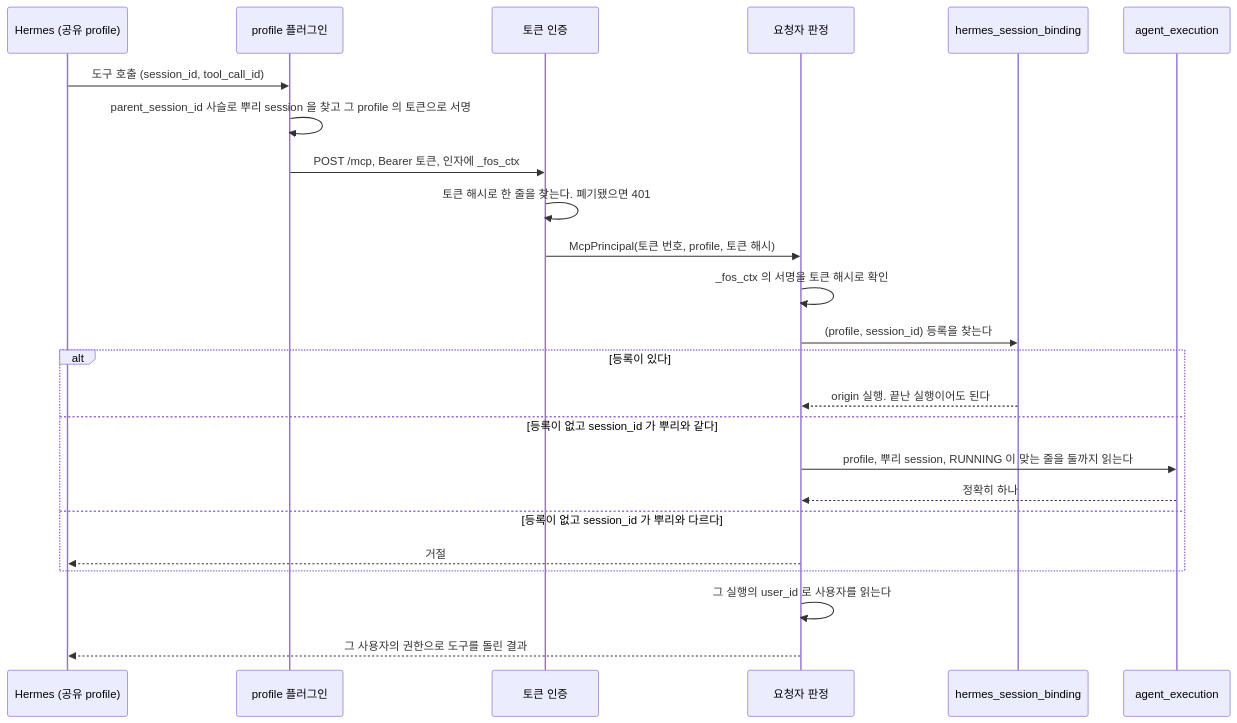
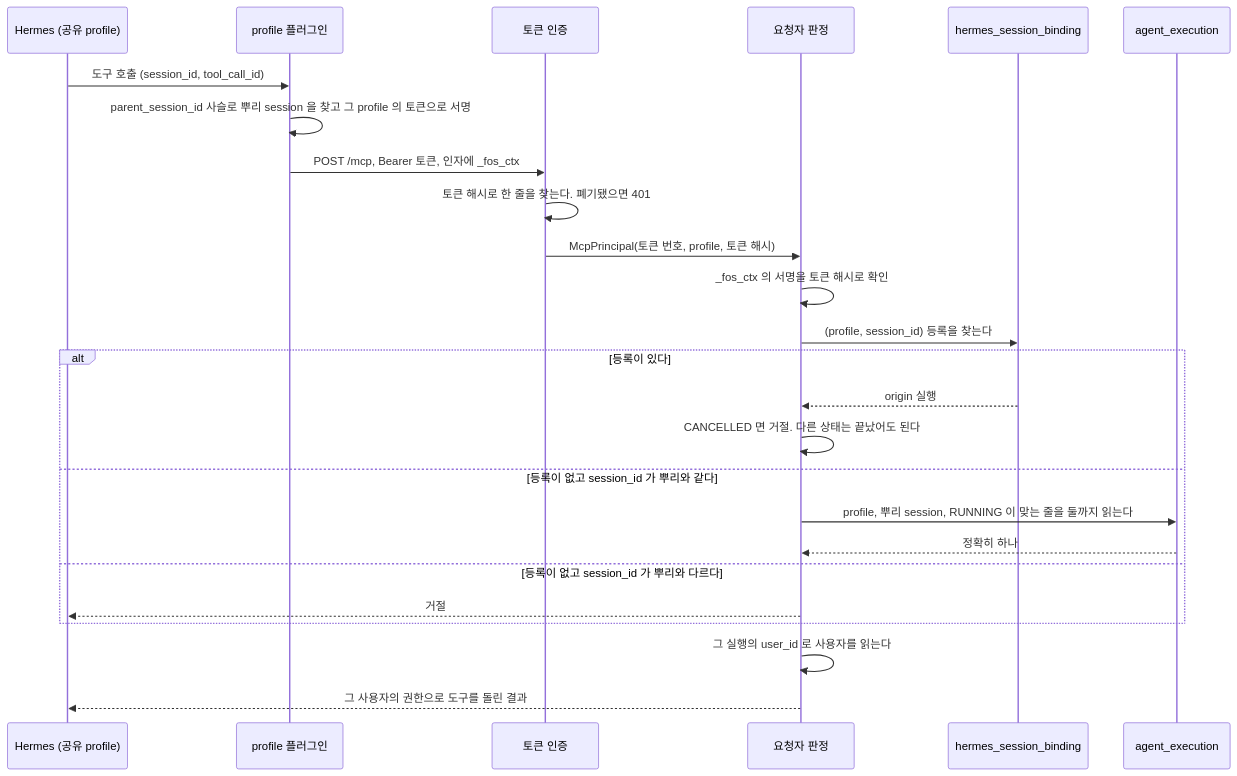
The second of 26 diagrams in docs/flow.md (jon890/fos-assistant), drawn with Mermaid before and after one commit. The commit also changed other lines of this file and 9 other files, not shown here.

````diff
--- a/docs/flow.md
+++ b/docs/flow.md
@@ -61,27 +61,28 @@
 ```mermaid
 sequenceDiagram
     participant H as Hermes (공유 profile)
     participant P as profile 플러그인
     participant F as 토큰 인증
     participant R as 요청자 판정
     participant B as hermes_session_binding
     participant E as agent_execution
 
     H->>P: 도구 호출 (session_id, tool_call_id)
     P->>P: parent_session_id 사슬로 뿌리 session 을 찾고 그 profile 의 토큰으로 서명
     P->>F: POST /mcp, Bearer 토큰, 인자에 _fos_ctx
     F->>F: 토큰 해시로 한 줄을 찾는다. 폐기됐으면 401
     F->>R: McpPrincipal(토큰 번호, profile, 토큰 해시)
     R->>R: _fos_ctx 의 서명을 토큰 해시로 확인
     R->>B: (profile, session_id) 등록을 찾는다
     alt 등록이 있다
-        B-->>R: origin 실행. 끝난 실행이어도 된다
+        B-->>R: origin 실행
+        R->>R: CANCELLED 면 거절. 다른 상태는 끝났어도 된다
     else 등록이 없고 session_id 가 뿌리와 같다
         R->>E: profile, 뿌리 session, RUNNING 이 맞는 줄을 둘까지 읽는다
         E-->>R: 정확히 하나
     else 등록이 없고 session_id 가 뿌리와 다르다
         R-->>H: 거절
     end
     R->>R: 그 실행의 user_id 로 사용자를 읽는다
     R-->>H: 그 사용자의 권한으로 도구를 돌린 결과
 ```
````
